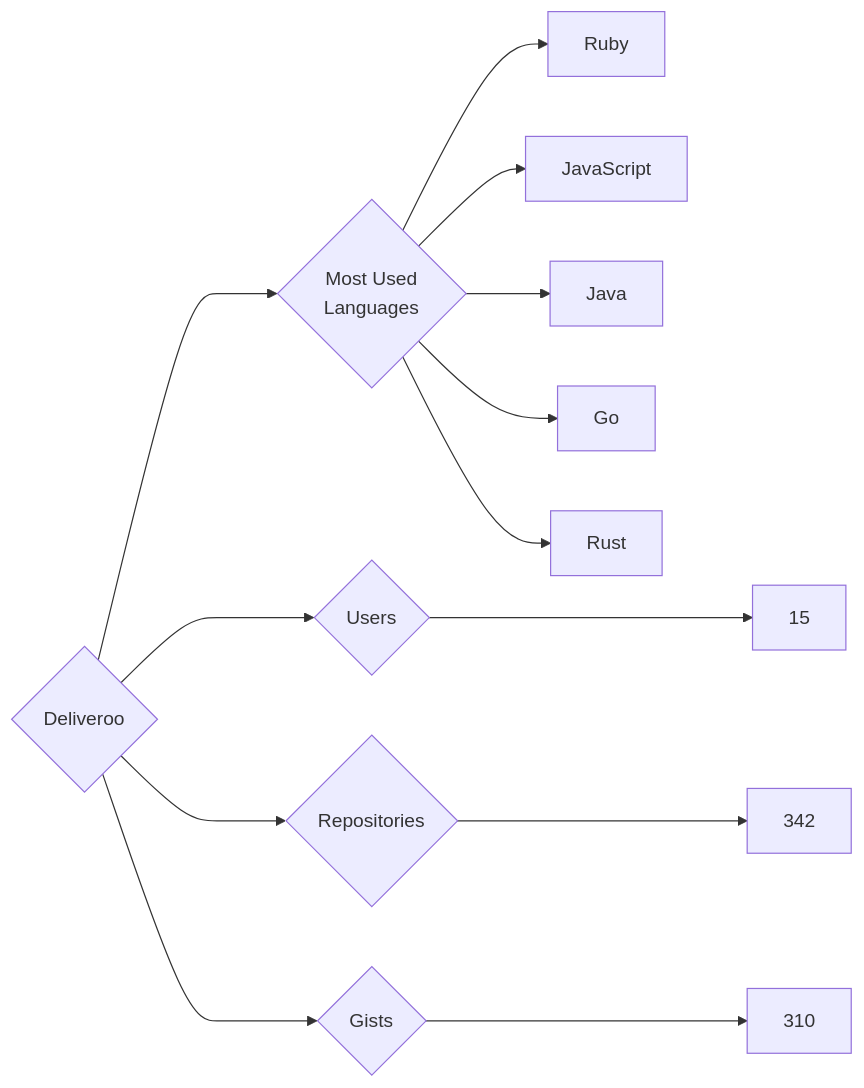
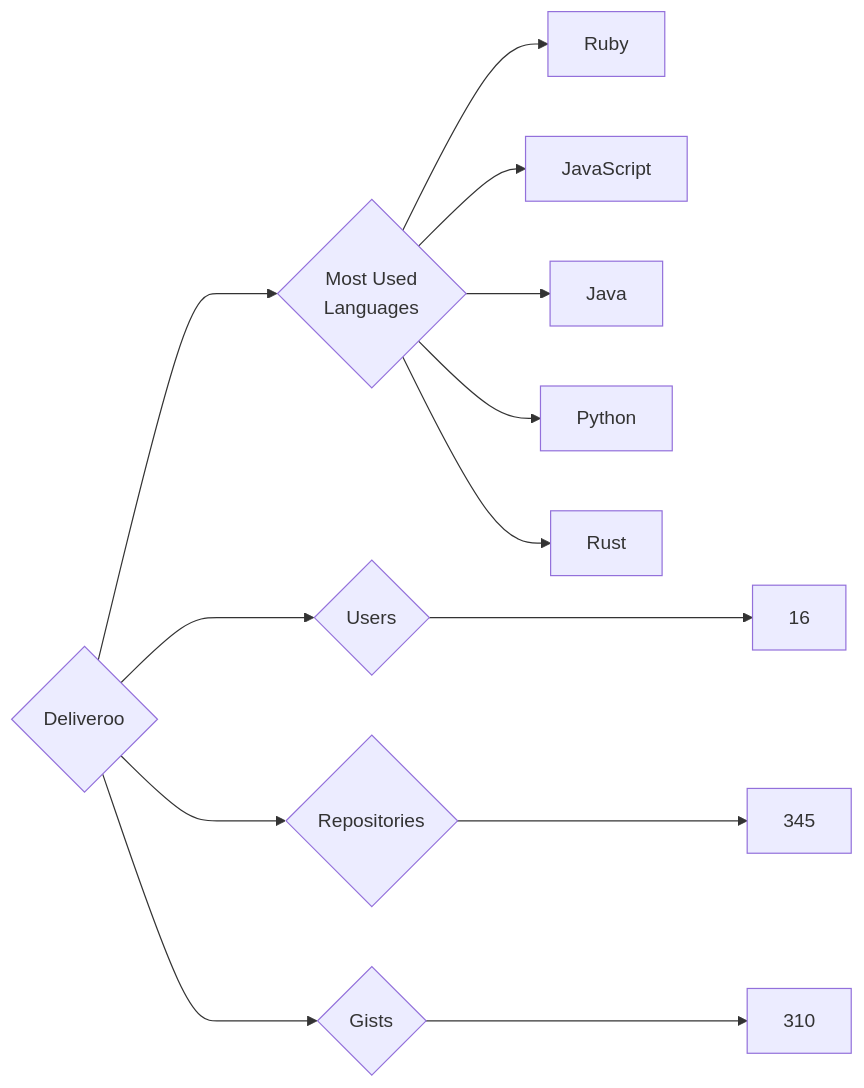
One commit to trickest/insiders changed the diagram in targets/Deliveroo/README.md. Above: the diagram before and after it, drawn with Mermaid. The commit also changed 823 other files, not shown here.

````diff
--- a/targets/Deliveroo/README.md
+++ b/targets/Deliveroo/README.md
@@ -3,13 +3,13 @@
 ```mermaid
 graph LR
 COMPANY_NAME{Deliveroo}
-COMPANY_NAME ---> U{Users} ---> UN[15]
-COMPANY_NAME ---> R{Repositories} ---> RN[342]
+COMPANY_NAME ---> U{Users} ---> UN[16]
+COMPANY_NAME ---> R{Repositories} ---> RN[345]
 COMPANY_NAME ---> G{Gists} ---> GN[310]
 COMPANY_NAME ---> ML{Most Used<br>Languages}
 ML --> Ruby[Ruby]
 ML --> JavaScript[JavaScript]
 ML --> Java[Java]
-ML --> Go[Go]
+ML --> Python[Python]
 ML --> Rust[Rust]
 ```
````
